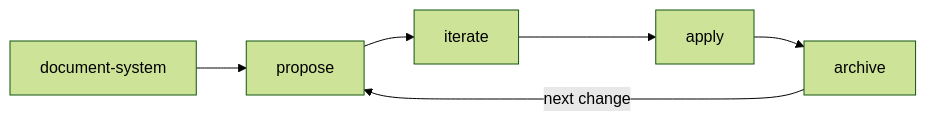
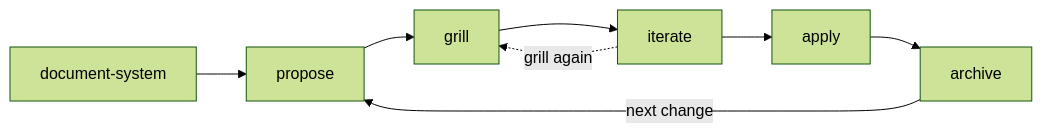
The first of 2 diagrams in README.md (tillg/till-claude-code-marketplace), drawn with Mermaid (forest theme) before and after one commit. The commit also changed other lines of this file, not shown here.

Commit message:
README: add grill to the spec workflow diagram

````diff
--- a/README.md
+++ b/README.md
@@ -47,10 +47,12 @@
 ```mermaid
 graph LR
     DS[document-system] --> P[propose]
-    P --> I[iterate]
+    P --> G[grill]
+    G --> I[iterate]
+    I -.->|grill again| G
 
     I --> A[apply]
     A --> AR[archive]
 
     AR -->|next change| P
 ```
````
